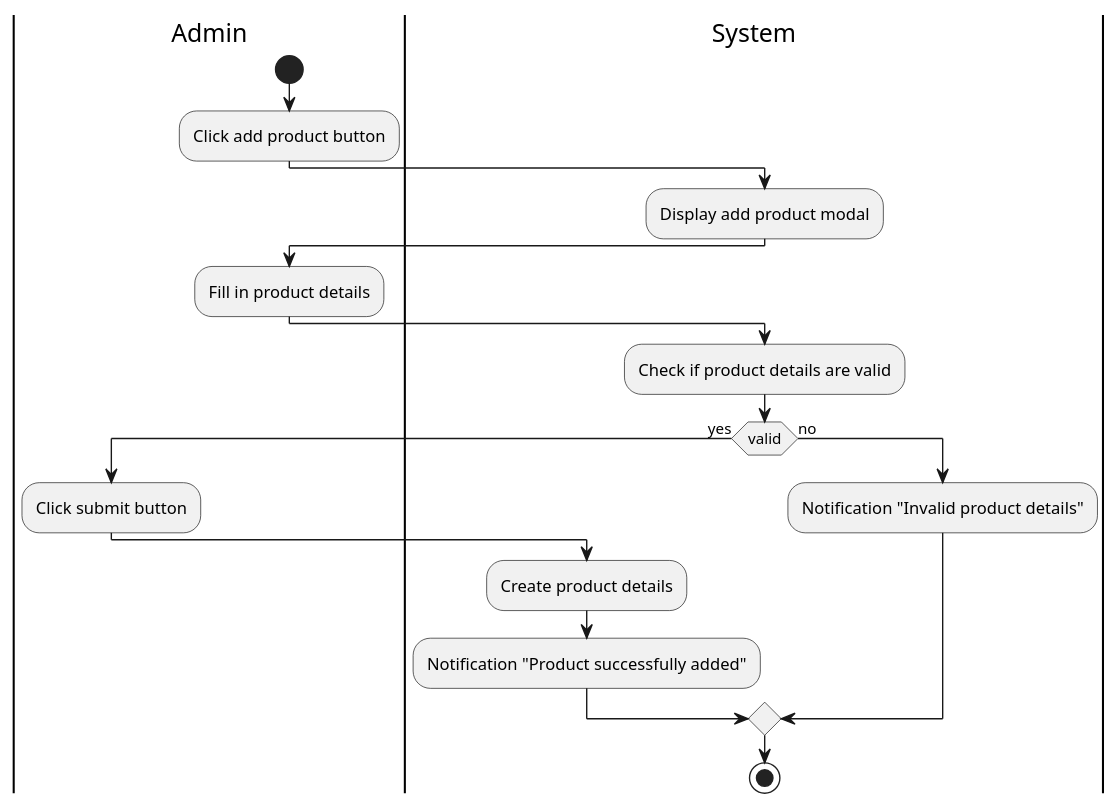
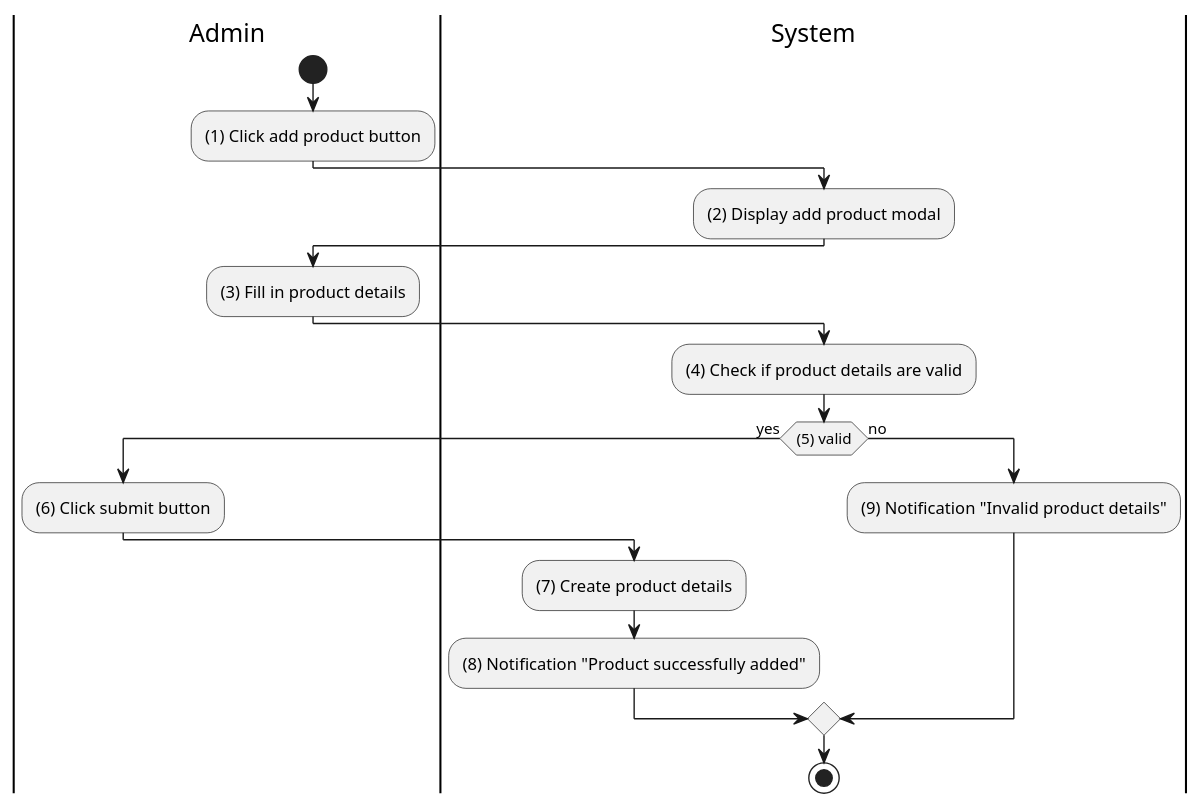
One commit to tuankietcoderr/SE357-Practice-class changed the diagram in Lab1/Lab1.2/Activity/add-product.puml. Above: the diagram before and after it, drawn with PlantUML. The commit also changed 10 other files, not shown here.

```diff
--- a/Lab1/Lab1.2/Activity/add-product.puml
+++ b/Lab1/Lab1.2/Activity/add-product.puml
@@ -1,22 +1,22 @@
 @startuml Add product
 |Admin|
 start
-:Click add product button;
+:(1) Click add product button;
 |System|
-:Display add product modal;
+:(2) Display add product modal;
 |Admin|
-:Fill in product details;
+:(3) Fill in product details;
 |System|
-:Check if product details are valid;
-if (valid) then (yes)
+:(4) Check if product details are valid;
+if ((5) valid) then (yes)
 |Admin|
-:Click submit button;
+:(6) Click submit button;
 |System|
-:Create product details;
-:Notification "Product successfully added";
+:(7) Create product details;
+:(8) Notification "Product successfully added";
 else (no)
 |System|
-:Notification "Invalid product details";
+:(9) Notification "Invalid product details";
 endif
 stop
 @enduml
```
